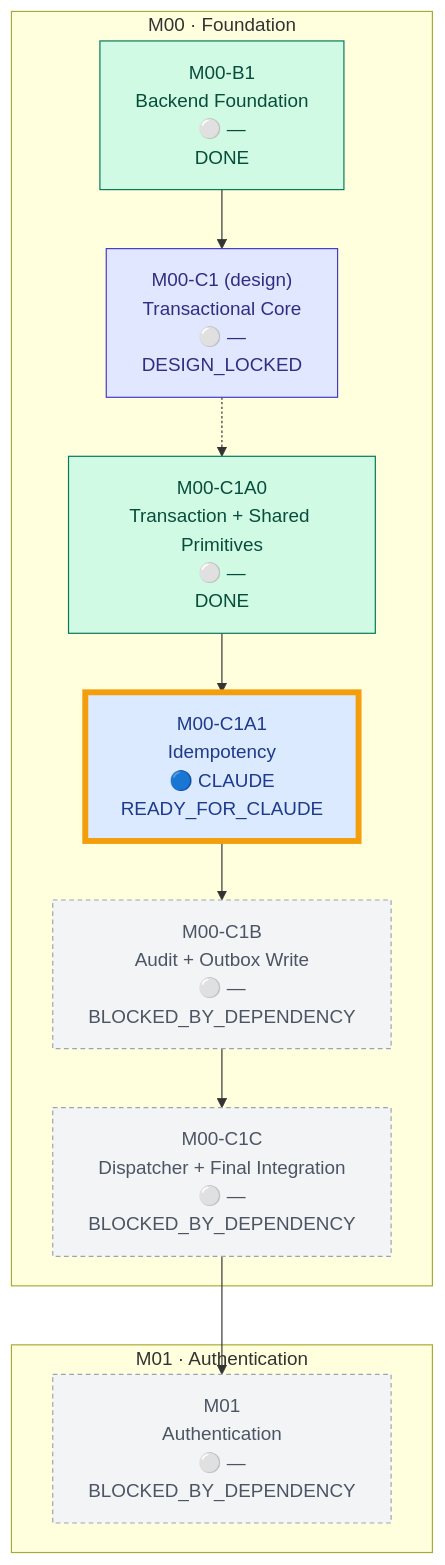
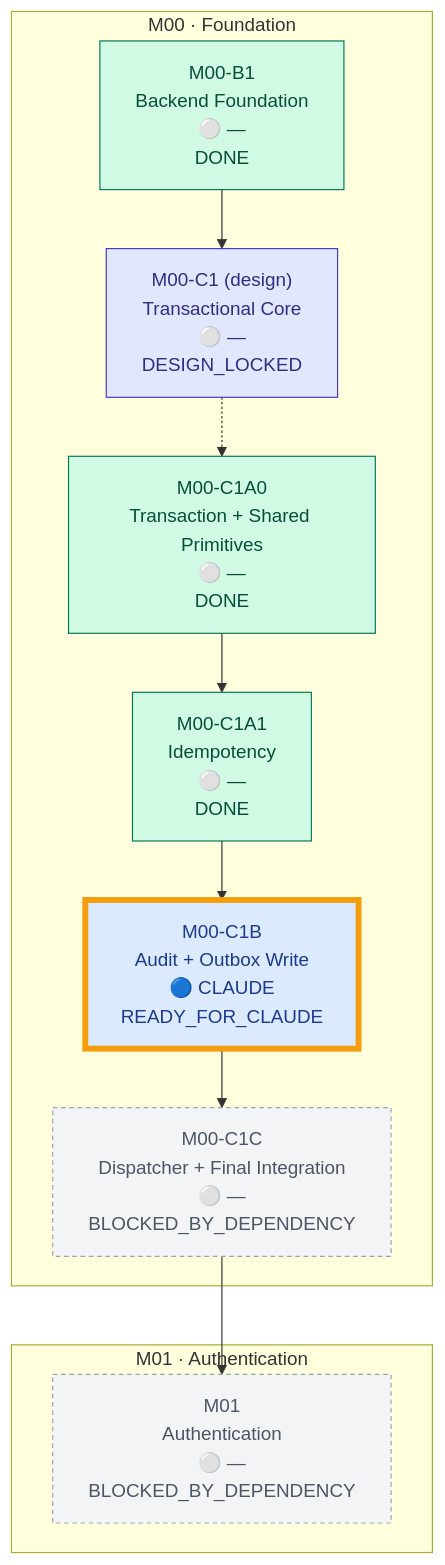
The diagram in docs/PROGRESS.md (trungtn87/11ship), drawn with Mermaid before and after one commit. The commit also changed other lines of this file and 12 other files, not shown here.

````diff
--- a/docs/PROGRESS.md
+++ b/docs/PROGRESS.md
@@ -38,36 +37,36 @@
 ```mermaid
 flowchart TD
   subgraph M00_box["M00 · Foundation"]
     M00_B1["M00-B1<br/>Backend Foundation<br/>⚪ —<br/>DONE"]
     M00_C1["M00-C1 (design)<br/>Transactional Core<br/>⚪ —<br/>DESIGN_LOCKED"]
     M00_C1A0["M00-C1A0<br/>Transaction + Shared Primitives<br/>⚪ —<br/>DONE"]
-    M00_C1A1["M00-C1A1<br/>Idempotency<br/>🔵 CLAUDE<br/>READY_FOR_CLAUDE"]
-    M00_C1B["M00-C1B<br/>Audit + Outbox Write<br/>⚪ —<br/>BLOCKED_BY_DEPENDENCY"]
+    M00_C1A1["M00-C1A1<br/>Idempotency<br/>⚪ —<br/>DONE"]
+    M00_C1B["M00-C1B<br/>Audit + Outbox Write<br/>🔵 CLAUDE<br/>READY_FOR_CLAUDE"]
     M00_C1C["M00-C1C<br/>Dispatcher + Final Integration<br/>⚪ —<br/>BLOCKED_BY_DEPENDENCY"]
   end
   subgraph M01_box["M01 · Authentication"]
     M01["M01<br/>Authentication<br/>⚪ —<br/>BLOCKED_BY_DEPENDENCY"]
   end
 
   M00_B1 --> M00_C1
   M00_C1 -.-> M00_C1A0
   M00_C1A0 --> M00_C1A1
   M00_C1A1 --> M00_C1B
   M00_C1B --> M00_C1C
   M00_C1C --> M01
 
   classDef done fill:#d1fae5,stroke:#047857,color:#064e3b
   classDef locked fill:#e0e7ff,stroke:#4338ca,color:#312e81
   classDef ready fill:#dbeafe,stroke:#1d4ed8,color:#1e3a8a
   classDef active fill:#fef9c3,stroke:#a16207,color:#713f12
   classDef failed fill:#fee2e2,stroke:#b91c1c,color:#7f1d1d
   classDef review fill:#f3e8ff,stroke:#7e22ce,color:#581c87
   classDef blocked fill:#f3f4f6,stroke:#9ca3af,color:#4b5563,stroke-dasharray:4 3
   classDef planned fill:#ffffff,stroke:#9ca3af,color:#374151
   classDef focus stroke:#f59e0b,stroke-width:5px
-  class M00_B1,M00_C1A0 done
+  class M00_B1,M00_C1A0,M00_C1A1 done
   class M00_C1 locked
-  class M00_C1A1 ready
-  class M00_C1B,M00_C1C,M01 blocked
-  class M00_C1A1 focus
+  class M00_C1B ready
+  class M00_C1C,M01 blocked
+  class M00_C1B focus
 ```
````
